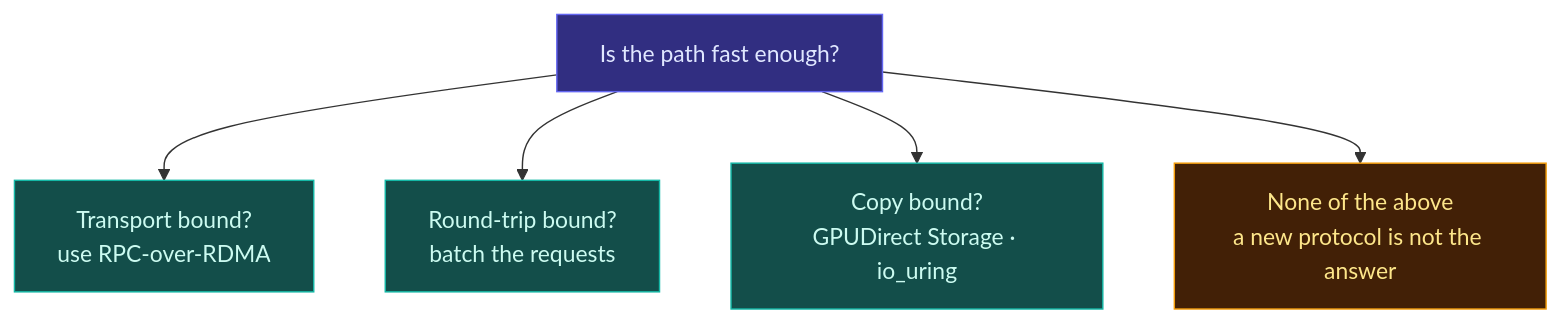
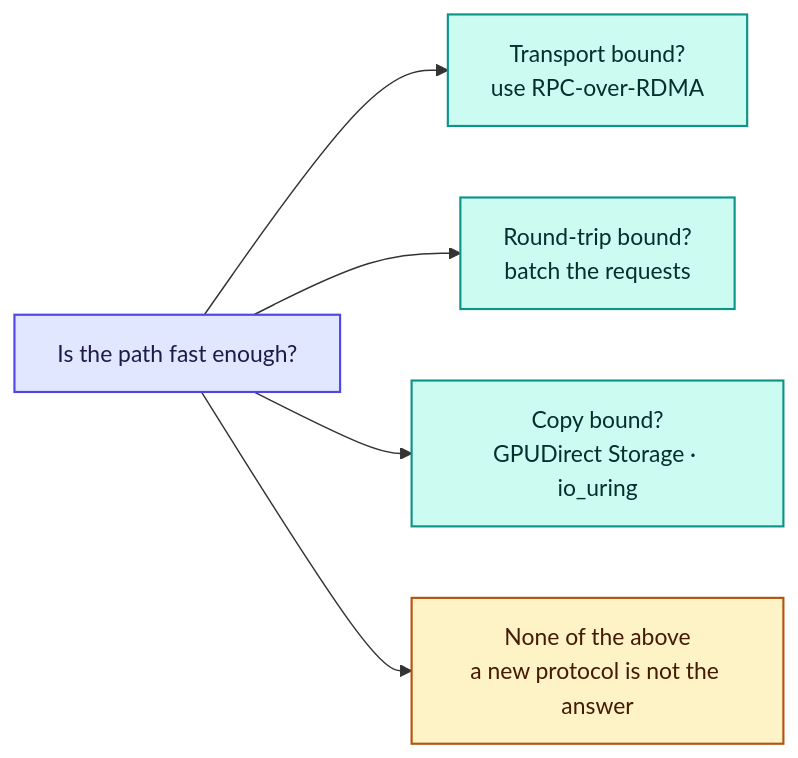
Before and after one commit to mayur-tolexo/forebay: the diagram in docs/rfcs/0026-transport-and-throughput.md, drawn with Mermaid. The commit also changed 5 other files, not shown here.

````diff
--- a/docs/rfcs/0026-transport-and-throughput.md
+++ b/docs/rfcs/0026-transport-and-throughput.md
@@ -45,20 +45,20 @@
 ```mermaid
-flowchart TB
+flowchart LR
     q["Is the path fast enough?"]
     t["Transport bound?<br/>use RPC-over-RDMA"]
     r["Round-trip bound?<br/>batch the requests"]
     c["Copy bound?<br/>GPUDirect Storage · io_uring"]
     n["None of the above<br/>a new protocol is not the answer"]
 
     q --> t
     q --> r
     q --> c
     q --> n
 
-    classDef control fill:#312E81,stroke:#6366F1,color:#E0E7FF
-    classDef fast fill:#134E4A,stroke:#14B8A6,color:#CCFBF1
-    classDef warn fill:#422006,stroke:#F59E0B,color:#FDE68A
+    classDef control fill:#E0E7FF,stroke:#4F46E5,stroke-width:1.5px,color:#1E1B4B
+    classDef fast fill:#CCFBF1,stroke:#0D9488,stroke-width:1.5px,color:#042F2E
+    classDef warn fill:#FEF3C7,stroke:#B45309,stroke-width:1.5px,color:#451A03
     class q control
     class t,r,c fast
     class n warn
 ```
````
